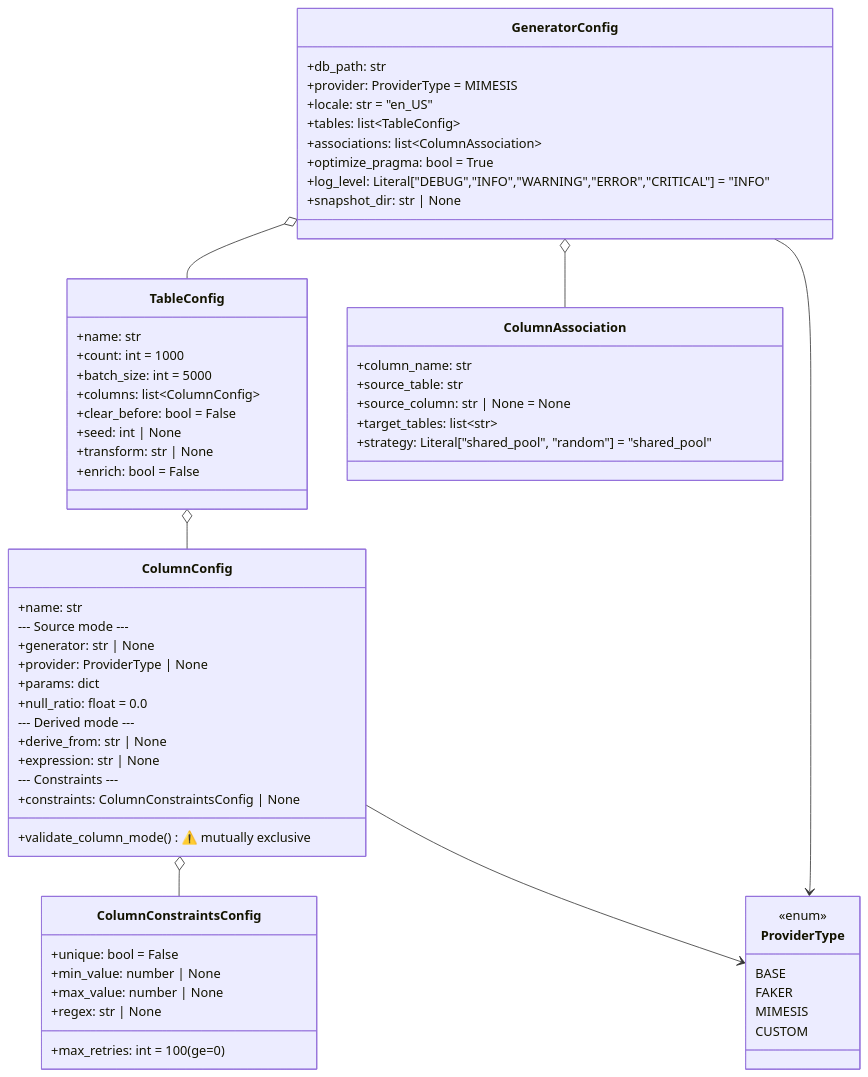
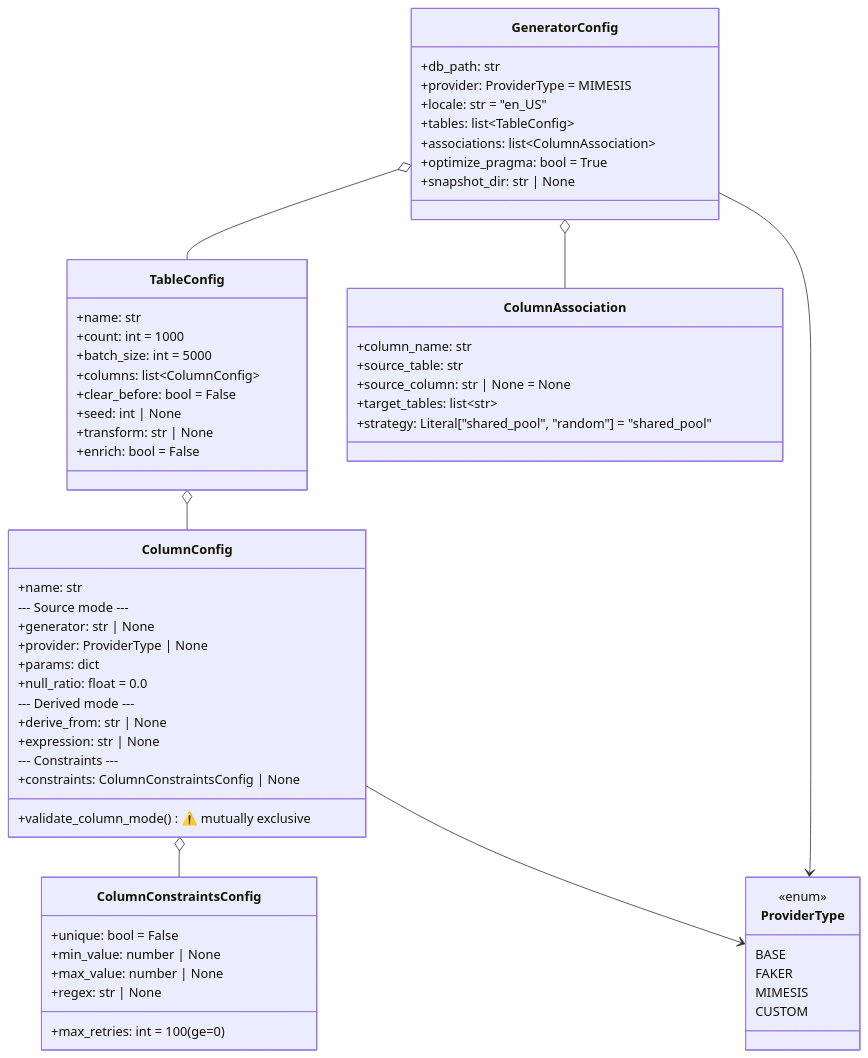
Before and after one commit to sunbos/sqlseed: the ninth of 11 diagrams in docs/architecture.md, drawn with Mermaid. The commit also changed other lines of this file and 185 other files, not shown here.

````diff
--- a/docs/architecture.md
+++ b/docs/architecture.md
@@ -552,70 +566,69 @@
 ```mermaid
 classDiagram
     class GeneratorConfig {
         +db_path: str
         +provider: ProviderType = MIMESIS
         +locale: str = "en_US"
         +tables: list~TableConfig~
         +associations: list~ColumnAssociation~
         +optimize_pragma: bool = True
-        +log_level: Literal["DEBUG","INFO","WARNING","ERROR","CRITICAL"] = "INFO"
         +snapshot_dir: str | None
     }
 
     class TableConfig {
         +name: str
         +count: int = 1000
         +batch_size: int = 5000
         +columns: list~ColumnConfig~
         +clear_before: bool = False
         +seed: int | None
         +transform: str | None
         +enrich: bool = False
     }
 
     class ColumnConfig {
         +name: str
         --- Source mode ---
         +generator: str | None
         +provider: ProviderType | None
         +params: dict
         +null_ratio: float = 0.0
         --- Derived mode ---
         +derive_from: str | None
         +expression: str | None
         --- Constraints ---
         +constraints: ColumnConstraintsConfig | None
         +validate_column_mode() ⚠️ mutually exclusive
     }
 
     class ColumnConstraintsConfig {
         +unique: bool = False
         +min_value: number | None
         +max_value: number | None
         +regex: str | None
         +max_retries: int = 100 (ge=0)
     }
 
     class ColumnAssociation {
         +column_name: str
         +source_table: str
         +source_column: str | None = None
         +target_tables: list~str~
         +strategy: Literal["shared_pool", "random"] = "shared_pool"
     }
 
     class ProviderType {
         <<enum>>
         BASE
         FAKER
         MIMESIS
         CUSTOM
     }
 
     GeneratorConfig o-- TableConfig
     GeneratorConfig o-- ColumnAssociation
     GeneratorConfig --> ProviderType
     TableConfig o-- ColumnConfig
     ColumnConfig o-- ColumnConstraintsConfig
     ColumnConfig --> ProviderType
 ```
````
